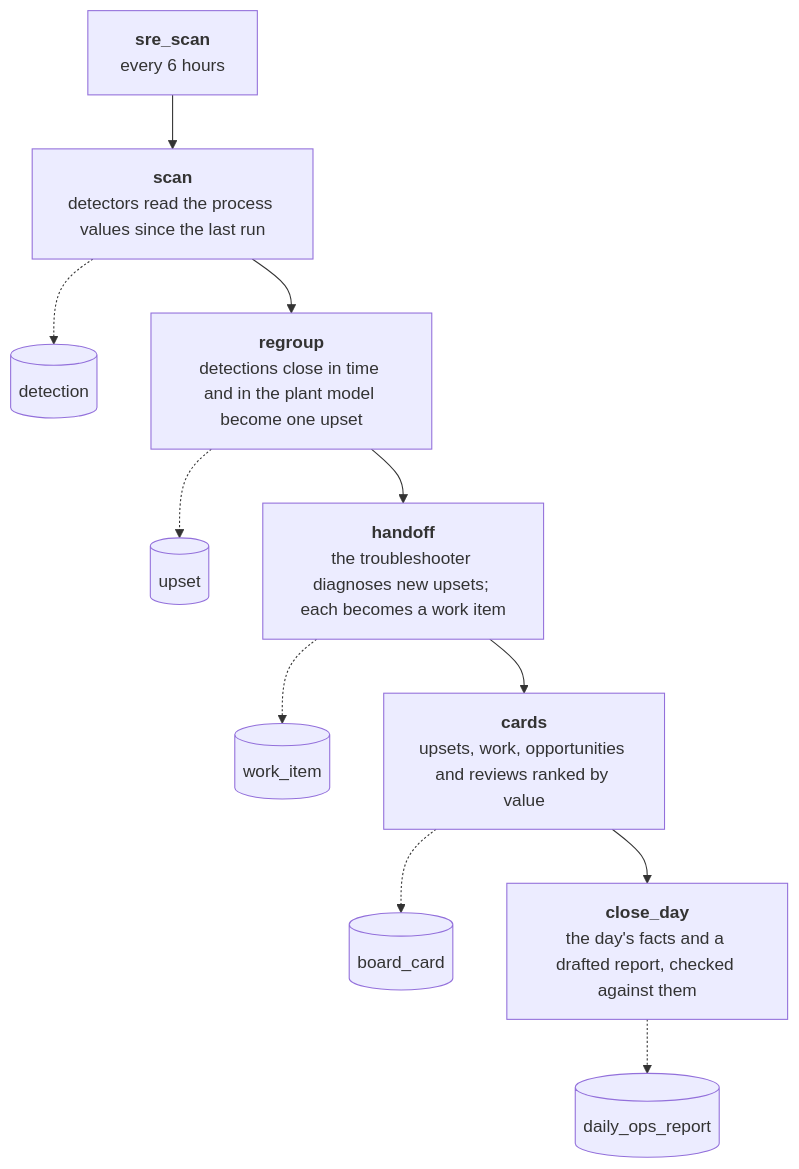
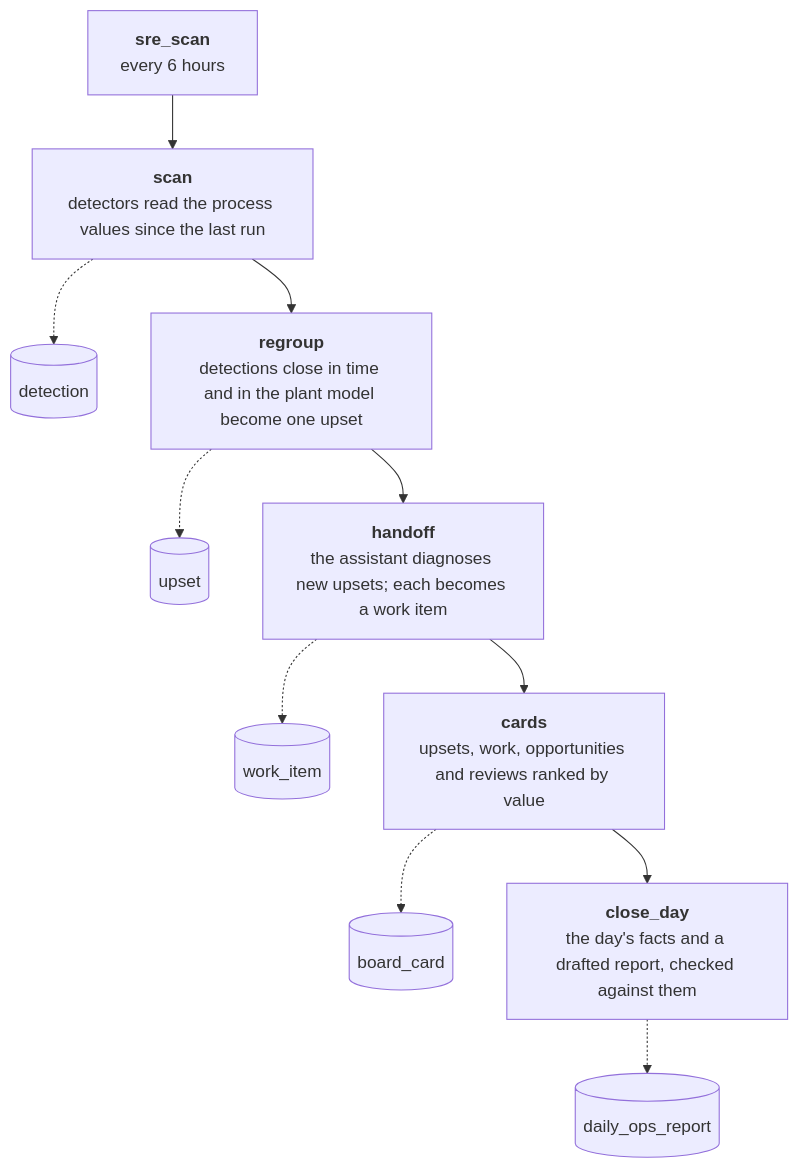
One commit to areed145/fuzer changed the third of 3 diagrams in docs/architecture.md. Above: the diagram before and after it, drawn with Mermaid. The commit also changed other lines of this file and 72 other files, not shown here.

````diff
--- a/docs/architecture.md
+++ b/docs/architecture.md
@@ -136,20 +136,20 @@
 ```mermaid
 flowchart TD
   s0["<b>sre_scan</b><br>every 6 hours"]
   click s0 "https://github.com/areed145/fuzer/tree/main/src/fuzer/ops/jobs.py"
   s1["<b>scan</b><br>detectors read the process values since the last run"] -.-> t1[("detection")]
   click s1 "https://github.com/areed145/fuzer/tree/main/src/fuzer/ops/sre.py"
   s0 --> s1
   s2["<b>regroup</b><br>detections close in time and in the plant model become one upset"] -.-> t2[("upset")]
   click s2 "https://github.com/areed145/fuzer/tree/main/src/fuzer/ops/sre.py"
   s1 --> s2
-  s3["<b>handoff</b><br>the troubleshooter diagnoses new upsets; each becomes a work item"] -.-> t3[("work_item")]
+  s3["<b>handoff</b><br>the assistant diagnoses new upsets; each becomes a work item"] -.-> t3[("work_item")]
   click s3 "https://github.com/areed145/fuzer/tree/main/src/fuzer/ops/sre_handoff.py"
   s2 --> s3
   s4["<b>cards</b><br>upsets, work, opportunities and reviews ranked by value"] -.-> t4[("board_card")]
   click s4 "https://github.com/areed145/fuzer/tree/main/src/fuzer/ops/board.py"
   s3 --> s4
   s5["<b>close_day</b><br>the day's facts and a drafted report, checked against them"] -.-> t5[("daily_ops_report")]
   click s5 "https://github.com/areed145/fuzer/tree/main/src/fuzer/ops/daily_report.py"
   s4 --> s5
 ```
````
